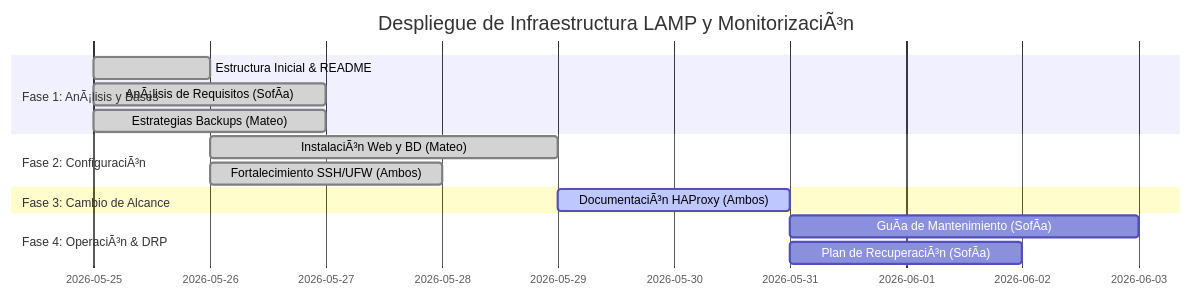
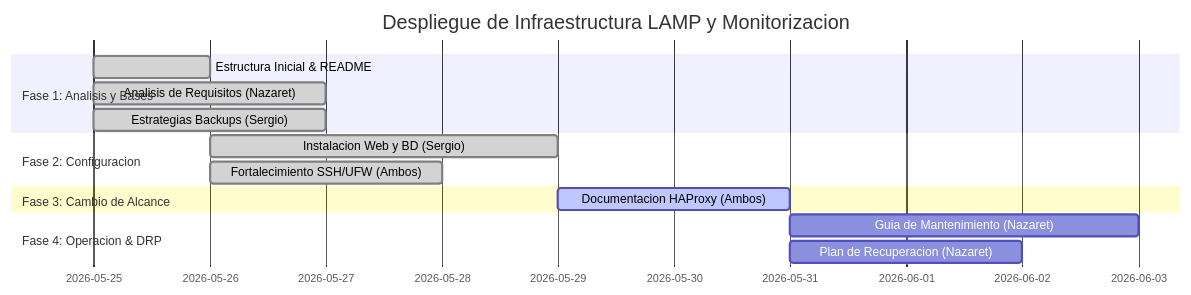
Before and after one commit to vjp-nazaretRM/infraestructura-LAMP: the diagram in docs/03-planificacion.md, drawn with Mermaid. The commit also changed other lines of this file and 12 other files, not shown here.

````diff
--- a/docs/03-planificacion.md
+++ b/docs/03-planificacion.md
@@ -7,17 +7,17 @@
 ```mermaid
 gantt
-    title Despliegue de Infraestructura LAMP y MonitorizaciÃ³n
+    title Despliegue de Infraestructura LAMP y Monitorizacion
     dateFormat  YYYY-MM-DD
-    section Fase 1: AnÃ¡lisis y Bases
+    section Fase 1: Analisis y Bases
     Estructura Inicial & README    :done, s1, 2026-05-25, 1d
-    AnÃ¡lisis de Requisitos (SofÃ­a) :done, s2, 2026-05-25, 2d
-    Estrategias Backups (Mateo)    :done, s3, 2026-05-25, 2d
-    section Fase 2: ConfiguraciÃ³n
-    InstalaciÃ³n Web y BD (Mateo)  :done, s4, 2026-05-26, 3d
+    Analisis de Requisitos (Nazaret) :done, s2, 2026-05-25, 2d
+    Estrategias Backups (Sergio)    :done, s3, 2026-05-25, 2d
+    section Fase 2: Configuracion
+    Instalacion Web y BD (Sergio)  :done, s4, 2026-05-26, 3d
     Fortalecimiento SSH/UFW (Ambos):done, s5, 2026-05-26, 2d
     section Fase 3: Cambio de Alcance
-    DocumentaciÃ³n HAProxy (Ambos)  :active, s6, 2026-05-29, 2d
-    section Fase 4: OperaciÃ³n & DRP
-    GuÃ­a de Mantenimiento (SofÃ­a) :s7, 2026-05-31, 3d
-    Plan de RecuperaciÃ³n (SofÃ­a)  :s8, 2026-05-31, 2d
+    Documentacion HAProxy (Ambos)  :active, s6, 2026-05-29, 2d
+    section Fase 4: Operacion & DRP
+    Guia de Mantenimiento (Nazaret) :s7, 2026-05-31, 3d
+    Plan de Recuperacion (Nazaret)  :s8, 2026-05-31, 2d
 ```
````
